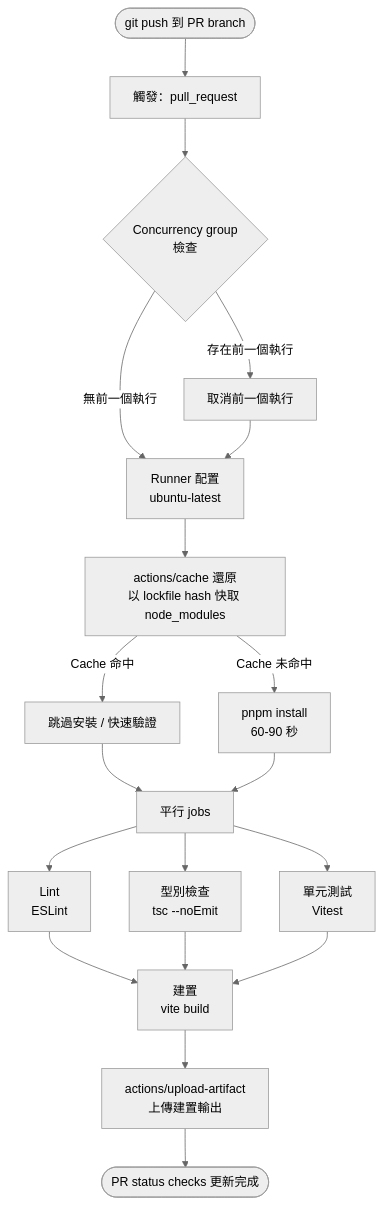
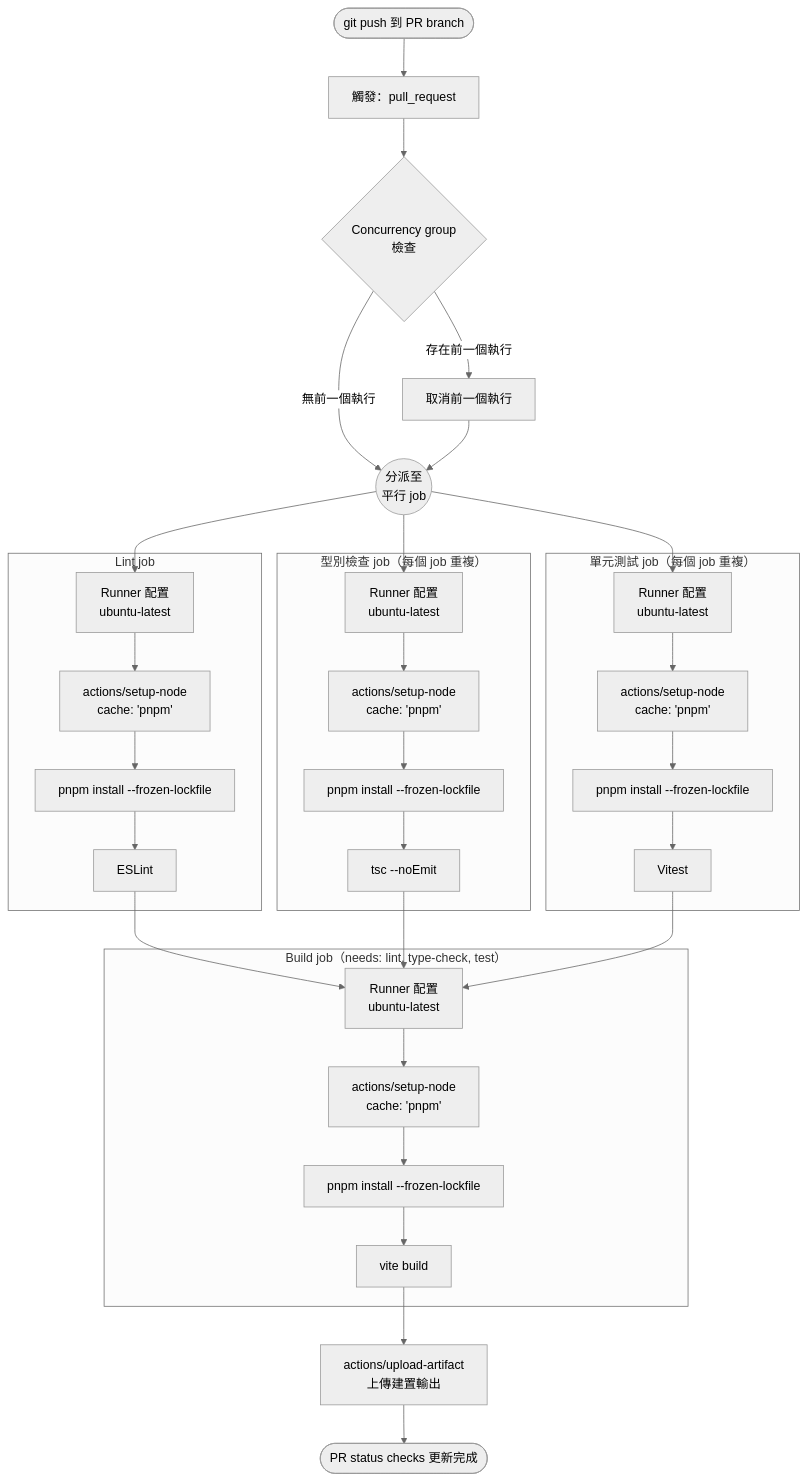
The diagram in docs/zh-tw/CI CD and Deployment/1501.md (alivedise/frontend-engineering-essentials), drawn with Mermaid (neutral theme) before and after one commit. The commit also changed other lines of this file and 3 other files, not shown here.

````diff
--- a/docs/zh-tw/CI CD and Deployment/1501.md
+++ b/docs/zh-tw/CI CD and Deployment/1501.md
@@ -80,21 +47,33 @@
 ```mermaid
 flowchart TD
     A([git push 到 PR branch]) --> B[觸發：pull_request]
     B --> C{Concurrency group\n檢查}
     C -->|存在前一個執行| D[取消前一個執行]
-    C -->|無前一個執行| E[Runner 配置\nubuntu-latest]
+    C -->|無前一個執行| E((分派至\n平行 job))
     D --> E
-    E --> F[actions/cache 還原\n以 lockfile hash 快取 node_modules]
-    F -->|Cache 命中| G[跳過安裝 / 快速驗證]
-    F -->|Cache 未命中| H[pnpm install\n60-90 秒]
-    G --> I[平行 jobs]
-    H --> I
-    I --> J[Lint\nESLint]
-    I --> K[型別檢查\ntsc --noEmit]
-    I --> L[單元測試\nVitest]
-    J --> M[建置\nvite build]
-    K --> M
-    L --> M
-    M --> N[actions/upload-artifact\n上傳建置輸出]
-    N --> O([PR status checks 更新完成])
+
+    subgraph K[Lint job]
+        K1[Runner 配置\nubuntu-latest] --> K2[actions/setup-node\ncache: 'pnpm'] --> K3[pnpm install --frozen-lockfile] --> K4[ESLint]
+    end
+    subgraph L["型別檢查 job（每個 job 重複）"]
+        L1[Runner 配置\nubuntu-latest] --> L2[actions/setup-node\ncache: 'pnpm'] --> L3[pnpm install --frozen-lockfile] --> L4[tsc --noEmit]
+    end
+    subgraph M["單元測試 job（每個 job 重複）"]
+        M1[Runner 配置\nubuntu-latest] --> M2[actions/setup-node\ncache: 'pnpm'] --> M3[pnpm install --frozen-lockfile] --> M4[Vitest]
+    end
+
+    E --> K1
+    E --> L1
+    E --> M1
+
+    subgraph N["Build job（needs: lint, type-check, test）"]
+        N1[Runner 配置\nubuntu-latest] --> N2[actions/setup-node\ncache: 'pnpm'] --> N3[pnpm install --frozen-lockfile] --> N4[vite build]
+    end
+
+    K4 --> N1
+    L4 --> N1
+    M4 --> N1
+
+    N4 --> O[actions/upload-artifact\n上傳建置輸出]
+    O --> P([PR status checks 更新完成])
 ```
````
